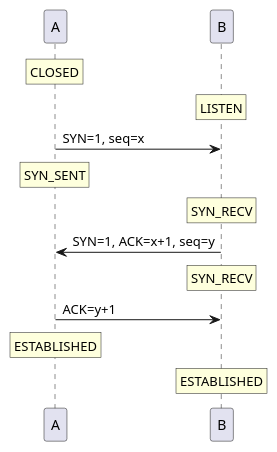
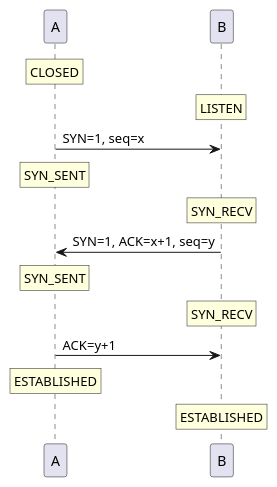
One commit to no5ix/no5ix.github.io changed the first of 2 diagrams in source/_posts/noodle_plan.md. Above: the diagram before and after it, drawn with PlantUML. The commit also changed other lines of this file and 1 other file, not shown here.

````diff
--- a/source/_posts/noodle_plan.md
+++ b/source/_posts/noodle_plan.md
@@ -651,12 +651,13 @@
 ``` puml
 rnote over A : CLOSED
 rnote over B : LISTEN
 A -> B : SYN=1, seq=x
 rnote over A : SYN_SENT
 rnote over B : SYN_RECV
 A <- B : SYN=1, ACK=x+1, seq=y
+rnote over A : SYN_SENT
 rnote over B : SYN_RECV
 A -> B : ACK=y+1
 rnote over A : ESTABLISHED
 rnote over B : ESTABLISHED
 ```
````
